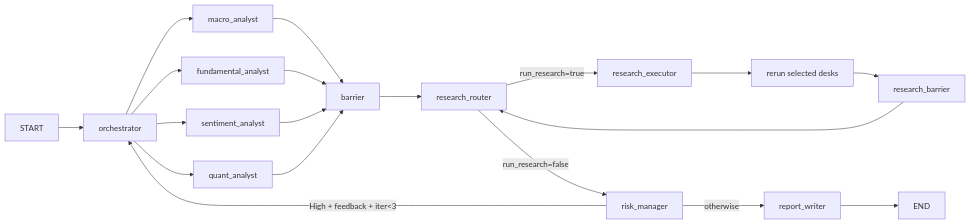
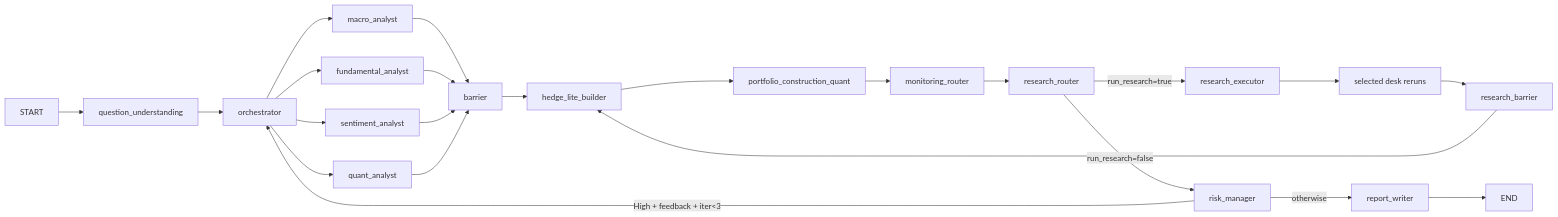
The first of 2 diagrams in docs/PROJECT_SYSTEM_DOCUMENTATION_KO.md (Coaspe/CoFund), drawn with Mermaid before and after one commit. The commit also changed other lines of this file and 1 other file, not shown here.

````diff
--- a/docs/PROJECT_SYSTEM_DOCUMENTATION_KO.md
+++ b/docs/PROJECT_SYSTEM_DOCUMENTATION_KO.md
@@ -50,21 +53,25 @@
 ```mermaid
 flowchart LR
-    A["START"] --> B["orchestrator"]
-    B --> C["macro_analyst"]
-    B --> D["fundamental_analyst"]
-    B --> E["sentiment_analyst"]
-    B --> F["quant_analyst"]
-    C --> G["barrier"]
-    D --> G
-    E --> G
-    F --> G
-    G --> R["research_router"]
-    R -->|"run_research=true"| X["research_executor"]
-    X --> RC["rerun selected desks"]
-    RC --> RB["research_barrier"]
-    RB --> R
-    R -->|"run_research=false"| H["risk_manager"]
-    H -->|"High + feedback + iter<3"| B
-    H -->|"otherwise"| I["report_writer"]
-    I --> J["END"]
+    A["START"] --> B["question_understanding"]
+    B --> C["orchestrator"]
+    C --> D["macro_analyst"]
+    C --> E["fundamental_analyst"]
+    C --> F["sentiment_analyst"]
+    C --> G["quant_analyst"]
+    D --> H["barrier"]
+    E --> H
+    F --> H
+    G --> H
+    H --> I["hedge_lite_builder"]
+    I --> J["portfolio_construction_quant"]
+    J --> K["monitoring_router"]
+    K --> L["research_router"]
+    L -->|"run_research=true"| M["research_executor"]
+    M --> N["selected desk reruns"]
+    N --> O["research_barrier"]
+    O --> I
+    L -->|"run_research=false"| P["risk_manager"]
+    P -->|"High + feedback + iter<3"| C
+    P -->|"otherwise"| Q["report_writer"]
+    Q --> R["END"]
 ```
````
